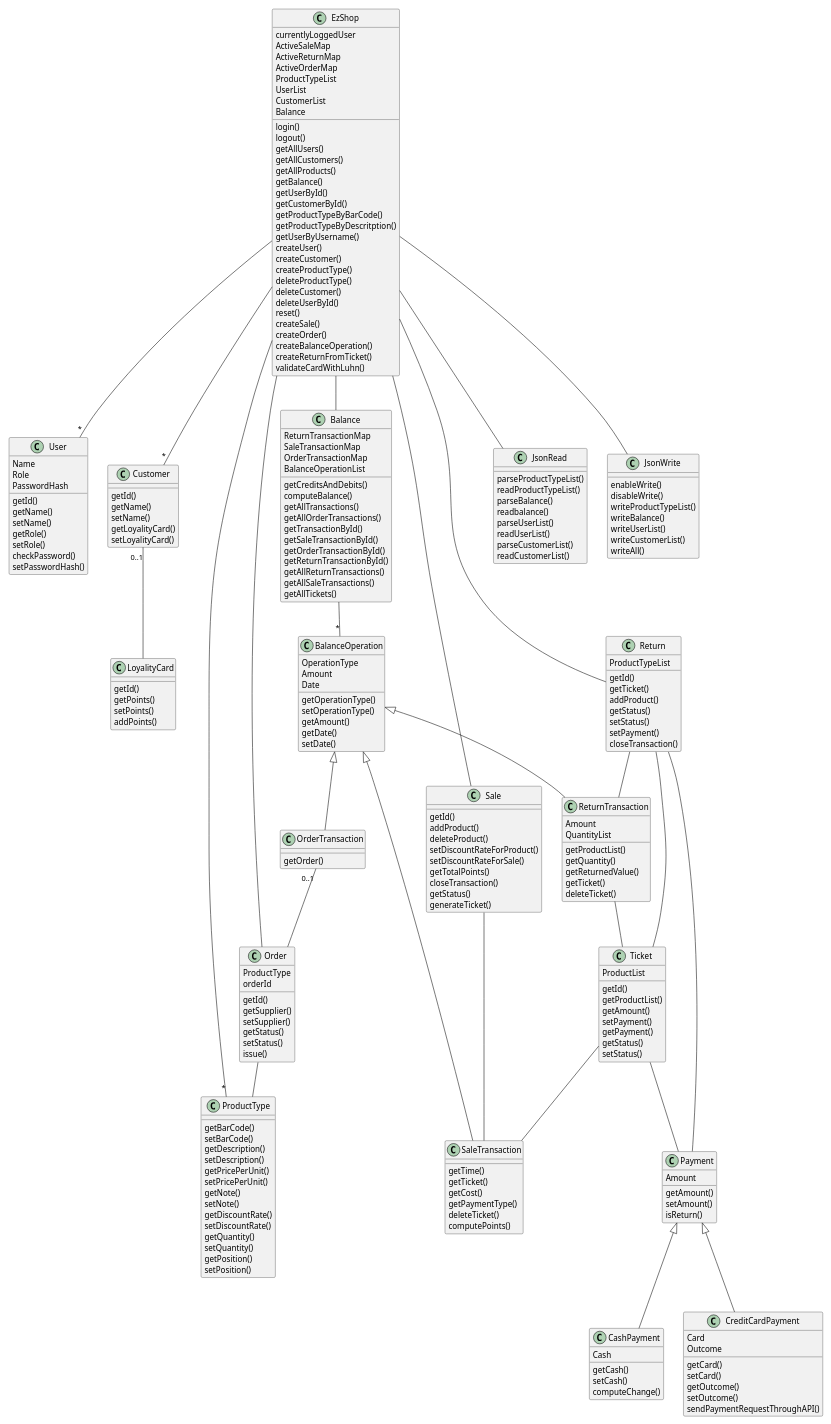
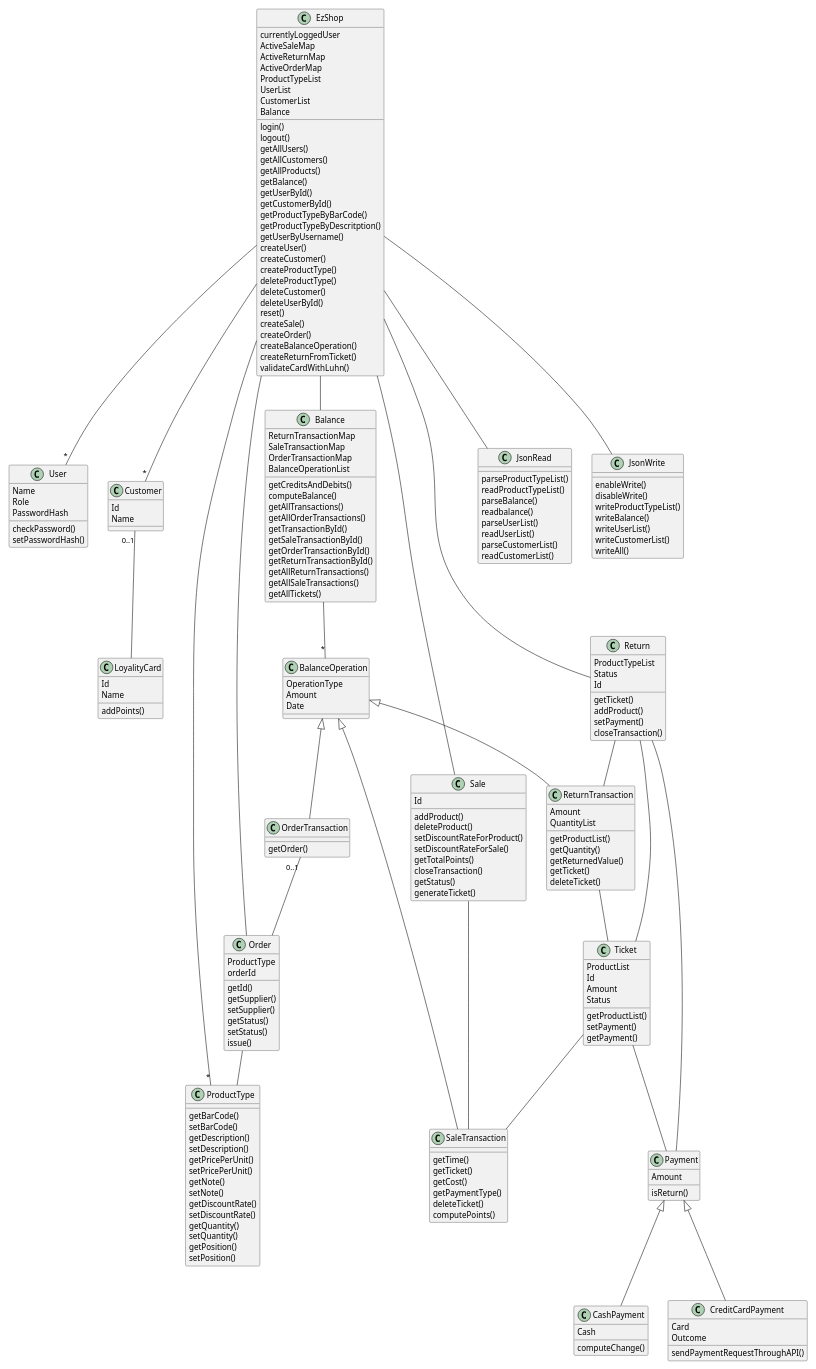
One commit to paolotron/EzshoProject31 changed the second of 15 diagrams in Deliverables/DesignDocument.md. Above: the diagram before and after it, drawn with PlantUML.

```diff
--- a/Deliverables/DesignDocument.md
+++ b/Deliverables/DesignDocument.md
@@ -86,25 +86,16 @@
     Name
     Role
     PasswordHash
-    getId()
-    getName()
-    setName()
-    getRole()
-    setRole()
     checkPassword()
     setPasswordHash()
 }
 class Customer{
-    getId()
-    getName()
-    setName()
-    getLoyalityCard()
-    setLoyalityCard()
+    Id
+    Name
 }
 class LoyalityCard{
-    getId()
-    getPoints()
-    setPoints()
+    Id
+    Name
     addPoints()
 }
 class ProductType{
@@ -142,7 +133,7 @@
     computePoints()
 }
 class Sale{
-    getId()
+    Id
     addProduct()
     deleteProduct()
     setDiscountRateForProduct()
@@ -154,33 +145,24 @@
 }
 class Ticket{
     ProductList
-    getId()
+    Id
+    Amount
+    Status
     getProductList()
-    getAmount()
     setPayment()
     getPayment()
-    getStatus()
-    setStatus()
 }
 class Payment{
     Amount
-    getAmount()
-    setAmount()
     isReturn()
 }
 class CashPayment{
     Cash
-    getCash()
-    setCash()
     computeChange()
 }
 class CreditCardPayment{
     Card
     Outcome
-    getCard()
-    setCard()
-    getOutcome()
-    setOutcome()
     sendPaymentRequestThroughAPI()
 }
 
@@ -195,11 +177,10 @@
 }
 class Return{
     ProductTypeList
-    getId()
+    Status
+    Id
     getTicket()
     addProduct()
-    getStatus()
-    setStatus()
     setPayment()
     closeTransaction()
 }
@@ -224,11 +205,6 @@
     OperationType
     Amount
     Date
-    getOperationType()
-    setOperationType()
-    getAmount()
-    getDate()
-    setDate()
 }
 class OrderTransaction{
     getOrder()
```
